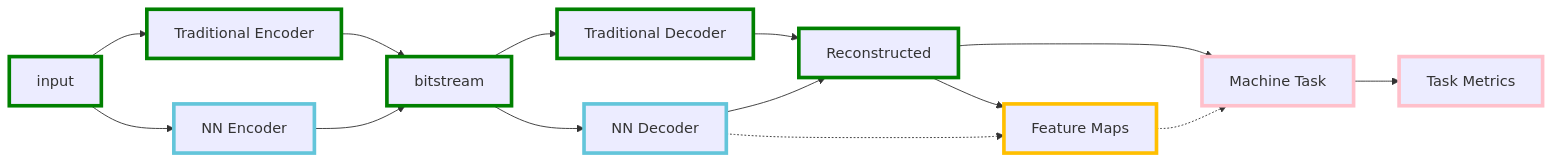
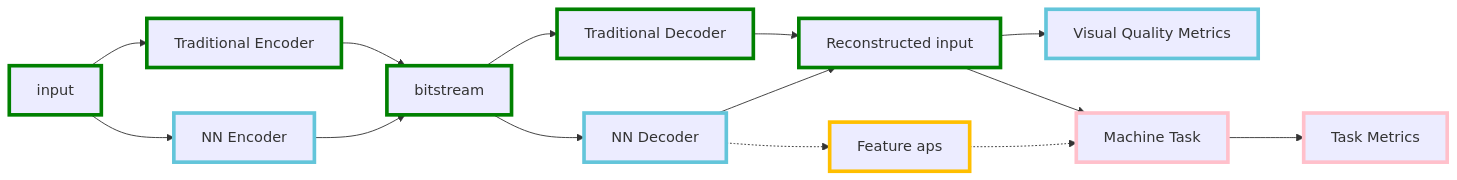
One commit to InterDigitalInc/CompressAI-Vision changed the diagram in README.md. Above: the diagram before and after it, drawn with Mermaid.

````diff
--- a/README.md
+++ b/README.md
@@ -16,20 +16,21 @@
 ```mermaid
 graph LR
     A[input]:::other -->B
     A --> B1
     B[Traditional Encoder]:::other --> C
     B1[NN Encoder]:::cai--> C
     C[bitstream]:::other --> D
     C --> D1
     D[Traditional Decoder]:::other--> E
     D1[NN Decoder]:::cai-->E
     D1 -.-> H
-    E[Reconstructed]:::other--> F
-    E --> H
-    F[Machine Task]:::cav --> G1[Task Metrics]:::cav
-    H[Feature Maps]:::future -.-> F
+    E[Reconstructed input]:::other--> G
+    E --> F1
+    G[Visual Quality Metrics]:::cai
+    F1[Machine Task]:::cav --> G1[Task Metrics]:::cav
+    H[Feature aps]:::future -.-> F1
     classDef cai stroke:#63C5DA,stroke-width:4px
     classDef cav stroke:#FFC0CB,stroke-width:4px
     classDef other stroke:#008000,stroke-width:4px
     classDef future stroke:#FFBF00,stroke-width:4px
 ```
````
